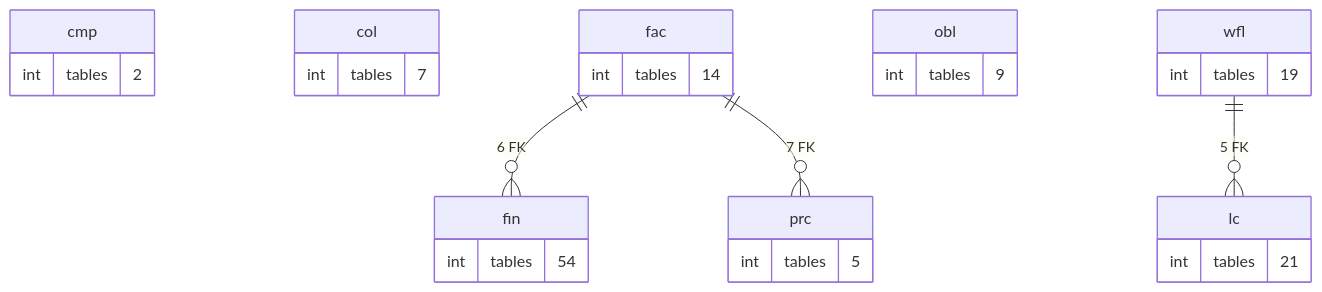
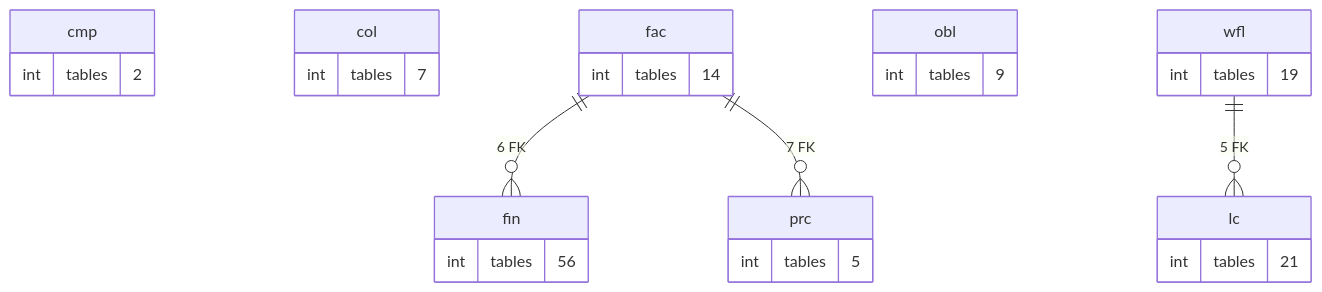
Before and after one commit to thawrasy/smartlines: the diagram in treasury-platform/docs/diagrams/erd/schema_map_2.mmd, drawn with Mermaid. The commit also changed 217 other files, not shown here.

```diff
--- a/treasury-platform/docs/diagrams/erd/schema_map_2.mmd
+++ b/treasury-platform/docs/diagrams/erd/schema_map_2.mmd
@@ -1,29 +1,29 @@
 %% التسهيلات والعمليات: التسعير والضمانات والالتزامات والبيانات المالية والطلبات والاعتمادات: العلاقة = عدد المفاتيح الأجنبية بين المخططين (≥ 5)
 erDiagram
   cmp {
     int tables "2"
   }
   col {
     int tables "7"
   }
   fac {
     int tables "14"
   }
   fin {
-    int tables "54"
+    int tables "56"
   }
   lc {
     int tables "21"
   }
   obl {
     int tables "9"
   }
   prc {
     int tables "5"
   }
   wfl {
     int tables "19"
   }
   fac ||--o{ fin : "6 FK"
   fac ||--o{ prc : "7 FK"
   wfl ||--o{ lc : "5 FK"
```
